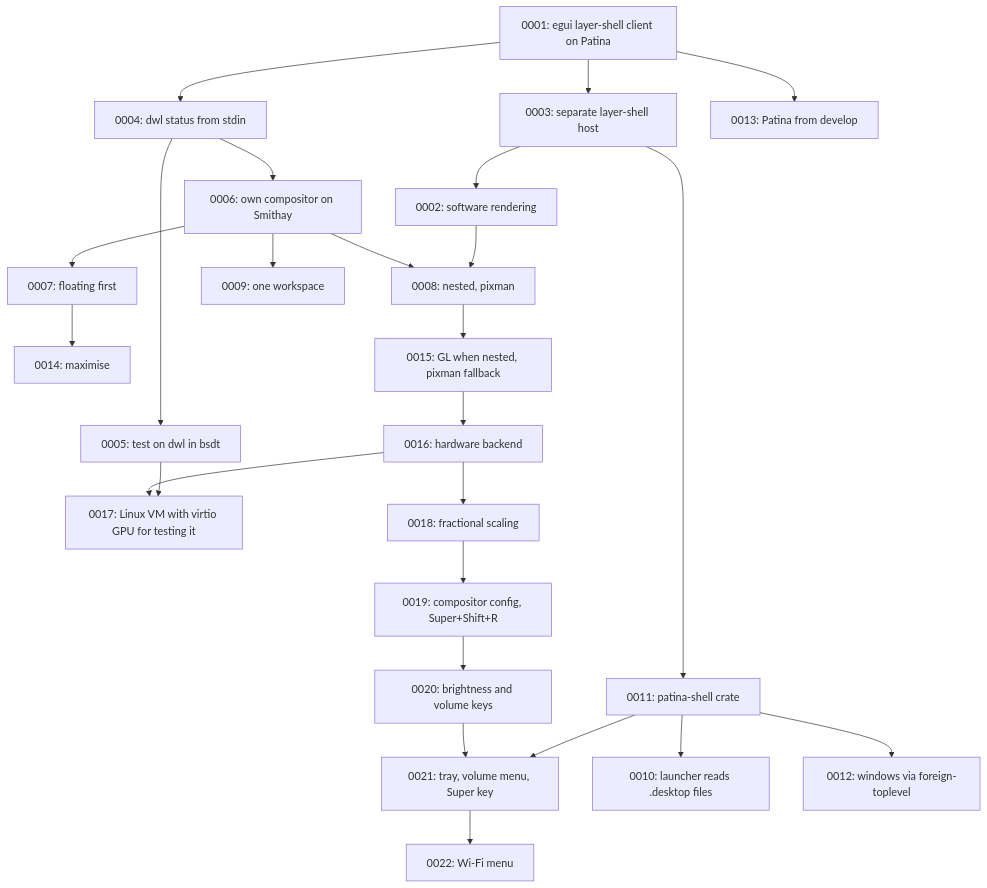
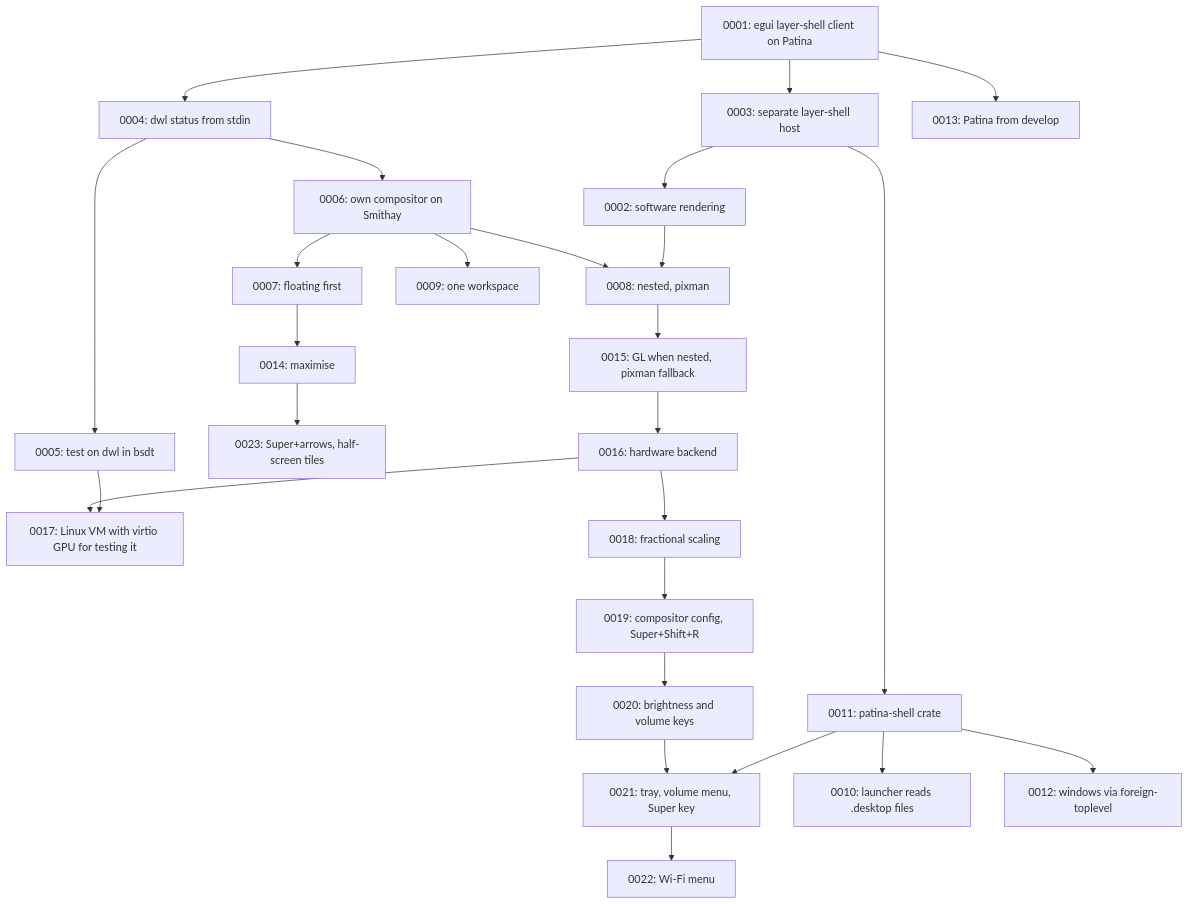
One commit to Sector-F-Labs/patina-desktop changed the diagram in docs/adr/README.md. Above: the diagram before and after it, drawn with Mermaid. The commit also changed other lines of this file and 6 other files, not shown here.

First line of the commit message:
Super with the arrows or vim keys maximises, restores and tiles half-screen

````diff
--- a/docs/adr/README.md
+++ b/docs/adr/README.md
@@ -70,27 +71,28 @@
 ```mermaid
 flowchart TD
     A[0001: egui layer-shell client on Patina] --> B[0003: separate layer-shell host]
     B --> C[0002: software rendering]
     A --> D[0004: dwl status from stdin]
     D --> E[0005: test on dwl in bsdt]
     D --> F[0006: own compositor on Smithay]
     F --> G[0007: floating first]
     G --> N[0014: maximise]
+    N --> W[0023: Super+arrows, half-screen tiles]
     F --> H[0008: nested, pixman]
     H --> O[0015: GL when nested, pixman fallback]
     O --> P[0016: hardware backend]
     P --> Q[0017: Linux VM with virtio GPU for testing it]
     P --> R[0018: fractional scaling]
     R --> S[0019: compositor config, Super+Shift+R]
     S --> T[0020: brightness and volume keys]
     T --> U[0021: tray, volume menu, Super key]
     U --> V[0022: Wi-Fi menu]
     K --> U
     E --> Q
     C --> H
     F --> I[0009: one workspace]
     B --> K[0011: patina-shell crate]
     K --> J[0010: launcher reads .desktop files]
     K --> L[0012: windows via foreign-toplevel]
     A --> M[0013: Patina from develop]
 ```
````
